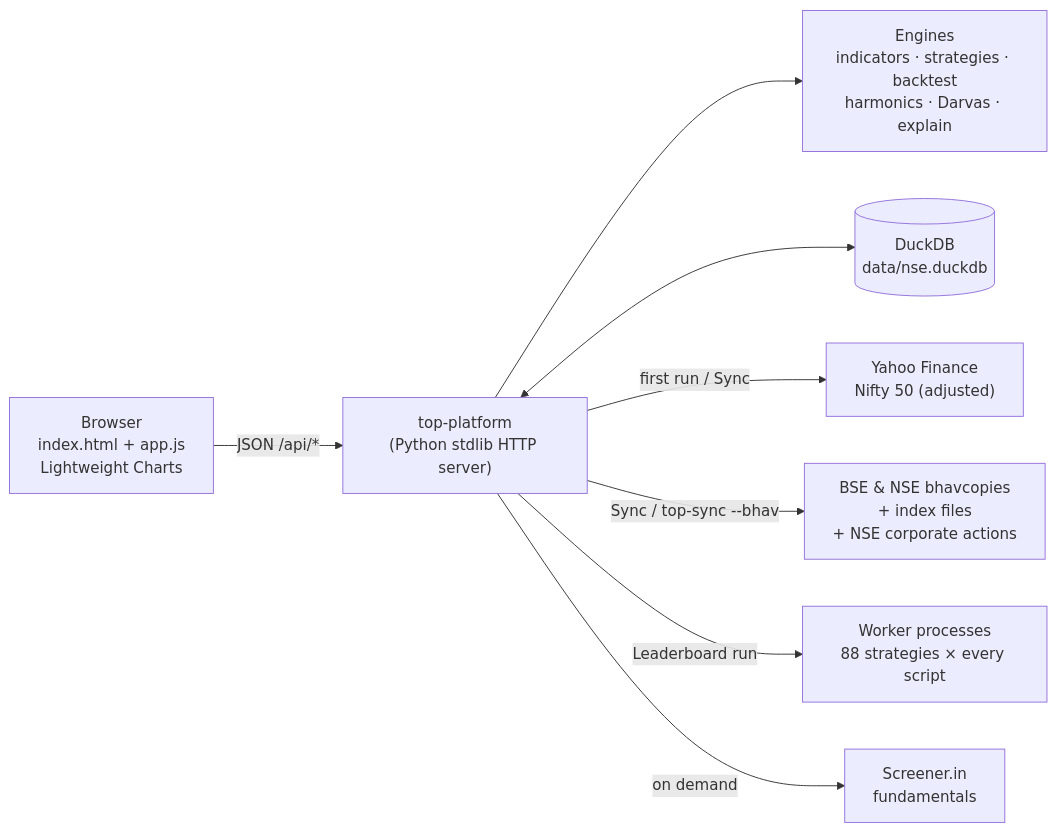
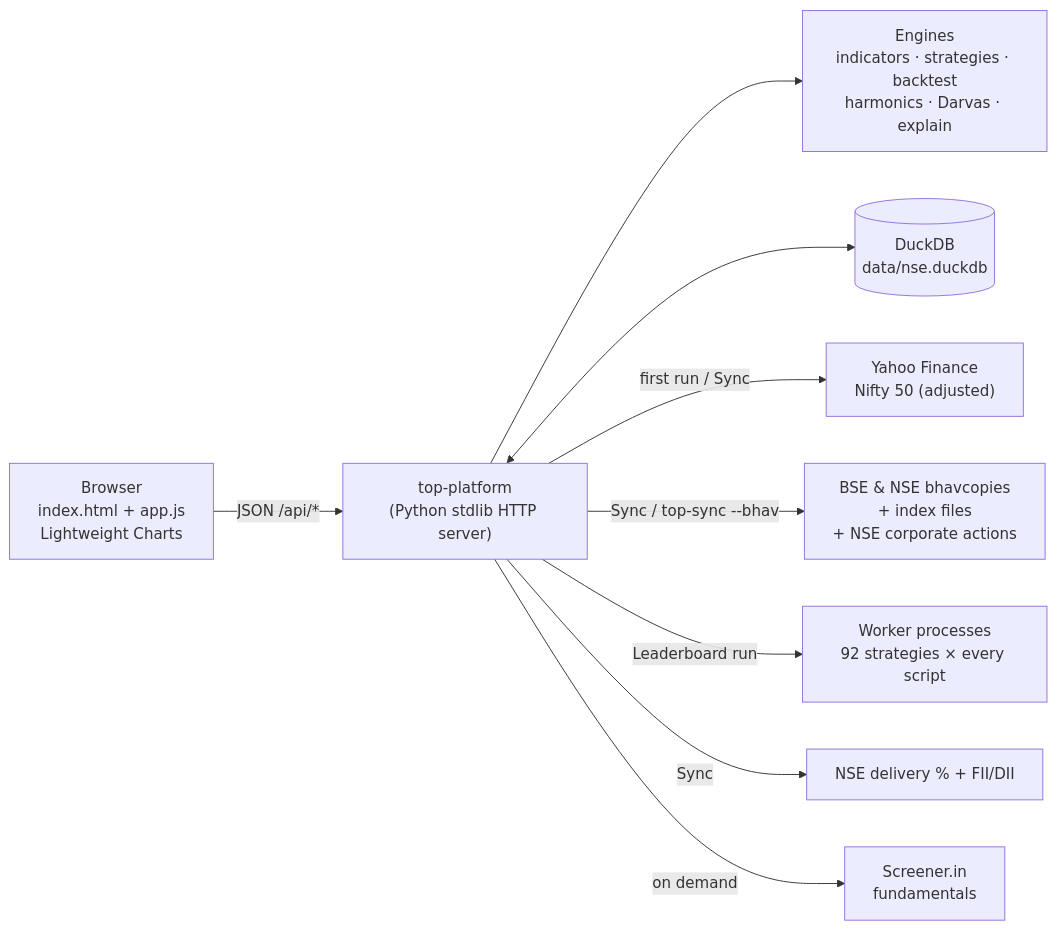
The diagram in README.md (garv08/Trade-Observability-Platform), drawn with Mermaid before and after one commit. The commit also changed other lines of this file and 50 other files, not shown here.

````diff
--- a/README.md
+++ b/README.md
@@ -167,10 +193,11 @@
 ```mermaid
 flowchart LR
   B["Browser<br/>index.html + app.js<br/>Lightweight Charts"] -- "JSON /api/*" --> S["top-platform<br/>(Python stdlib HTTP server)"]
   S --> E["Engines<br/>indicators · strategies · backtest<br/>harmonics · Darvas · explain"]
   S <--> D[("DuckDB<br/>data/nse.duckdb")]
   S -- "first run / Sync" --> Y["Yahoo Finance<br/>Nifty 50 (adjusted)"]
   S -- "Sync / top-sync --bhav" --> X["BSE & NSE bhavcopies<br/>+ index files<br/>+ NSE corporate actions"]
-  S -- "Leaderboard run" --> W["Worker processes<br/>88 strategies × every script"]
+  S -- "Leaderboard run" --> W["Worker processes<br/>92 strategies × every script"]
+  S -- "Sync" --> N["NSE delivery % + FII/DII"]
   S -- "on demand" --> F["Screener.in<br/>fundamentals"]
 ```
````
